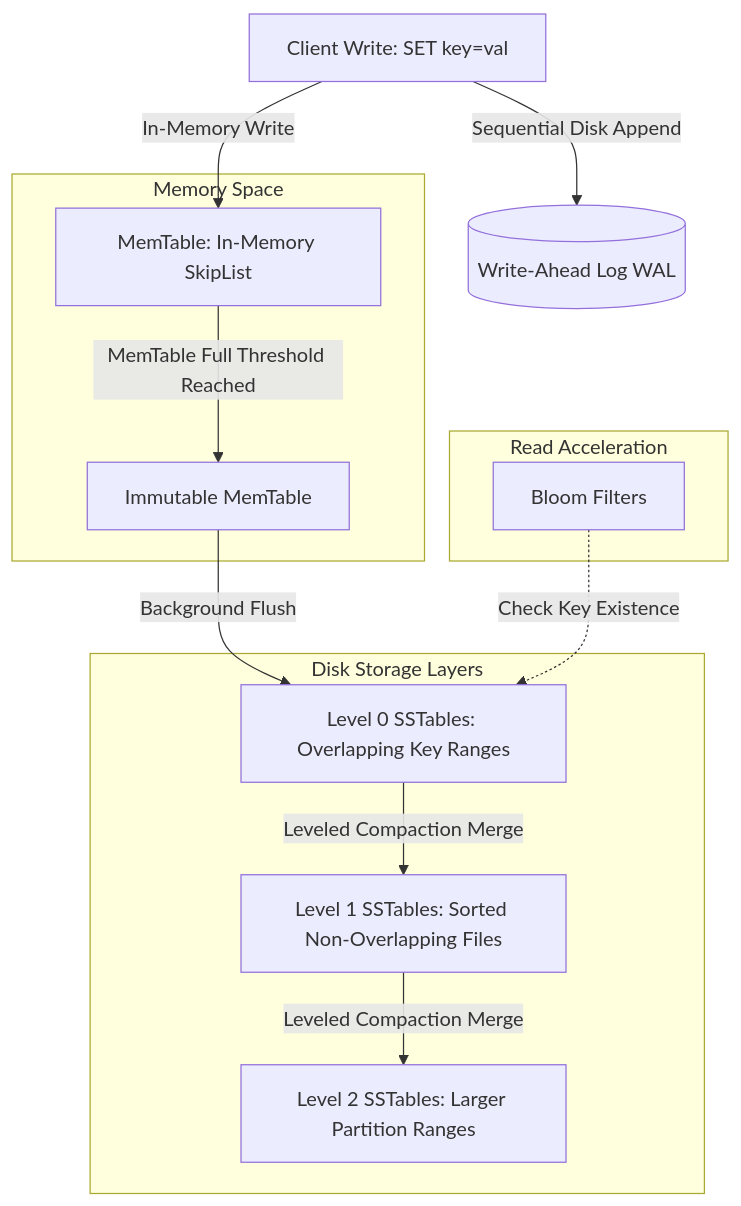
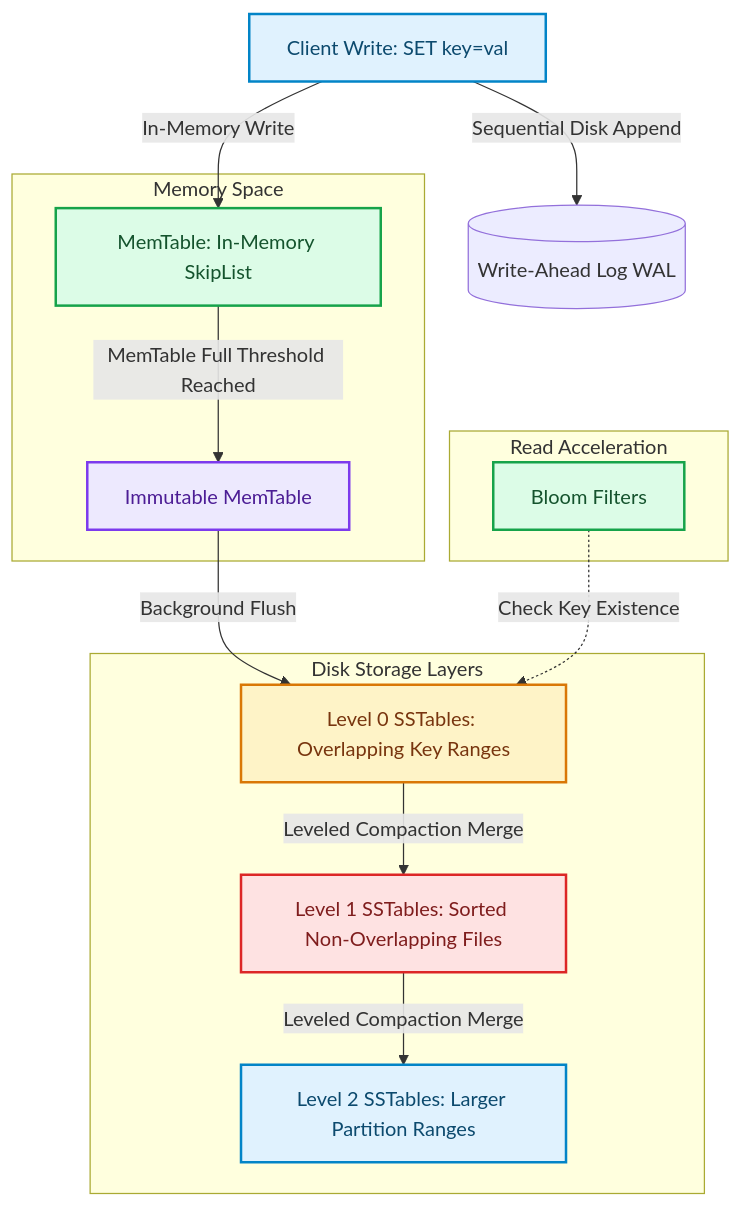
Before and after one commit to akmalkhaniub/akmalkhaniub.github.io: the diagram in blog/posts/lsm-trees-log-structured-merge-write-ahead-log-internals.md, drawn with Mermaid. The commit also changed other lines of this file and 1291 other files, not shown here.

First line of the commit message:
feat(catalog): unique covers, scholarly references, and diagram palettes

````diff
--- a/blog/posts/lsm-trees-log-structured-merge-write-ahead-log-internals.md
+++ b/blog/posts/lsm-trees-log-structured-merge-write-ahead-log-internals.md
@@ -19,20 +19,31 @@
 ```mermaid
 flowchart TD
-  WriteReq[Client Write: SET key=val] -->|Sequential Disk Append| WAL[(Write-Ahead Log WAL)]
-  WriteReq -->|In-Memory Write| MemTable[MemTable: In-Memory SkipList]
+  WriteReq["Client Write: SET key=val"] -->|Sequential Disk Append| WAL[(Write-Ahead Log WAL)]
+  WriteReq -->|In-Memory Write| MemTable["MemTable: In-Memory SkipList"]
   
   subgraph SG1_MemorySpace ["Memory Space"]
-    MemTable -->|MemTable Full Threshold Reached| ImmutableMemTable[Immutable MemTable]
+    MemTable -->|MemTable Full Threshold Reached| ImmutableMemTable["Immutable MemTable"]
   end
   
   subgraph SG2_DiskStorageLayers ["Disk Storage Layers"]
-    ImmutableMemTable -->|Background Flush| SST_L0[Level 0 SSTables: Overlapping Key Ranges]
+    ImmutableMemTable -->|Background Flush| SST_L0["Level 0 SSTables: Overlapping Key Ranges"]
     
-    SST_L0 -->|Leveled Compaction Merge| SST_L1[Level 1 SSTables: Sorted Non-Overlapping Files]
-    SST_L1 -->|Leveled Compaction Merge| SST_L2[Level 2 SSTables: Larger Partition Ranges]
+    SST_L0 -->|Leveled Compaction Merge| SST_L1["Level 1 SSTables: Sorted Non-Overlapping Files"]
+    SST_L1 -->|Leveled Compaction Merge| SST_L2["Level 2 SSTables: Larger Partition Ranges"]
   end
   
   subgraph SG3_ReadAcceleration ["Read Acceleration"]
-    BloomFilter[Bloom Filters] -.->|Check Key Existence| SST_L0
+    BloomFilter["Bloom Filters"] -.->|Check Key Existence| SST_L0
   end
+
+classDef green fill:#dcfce7,stroke:#16a34a,stroke-width:2px,color:#14532d;
+classDef red fill:#fee2e2,stroke:#dc2626,stroke-width:2px,color:#7f1d1d;
+classDef blue fill:#e0f2fe,stroke:#0284c7,stroke-width:2px,color:#0c4a6e;
+classDef yellow fill:#fef3c7,stroke:#d97706,stroke-width:2px,color:#78350f;
+classDef purple fill:#ede9fe,stroke:#7c3aed,stroke-width:2px,color:#4c1d95;
+class WriteReq,SST_L2 blue
+class MemTable,BloomFilter green
+class ImmutableMemTable purple
+class SST_L0 yellow
+class SST_L1 red
 ```
````
